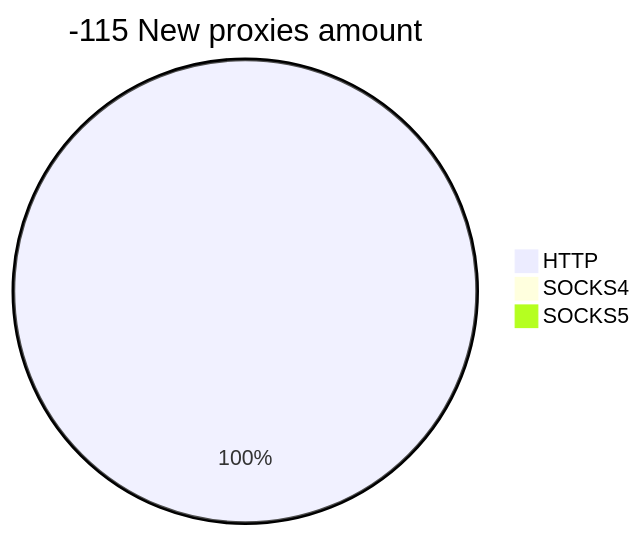
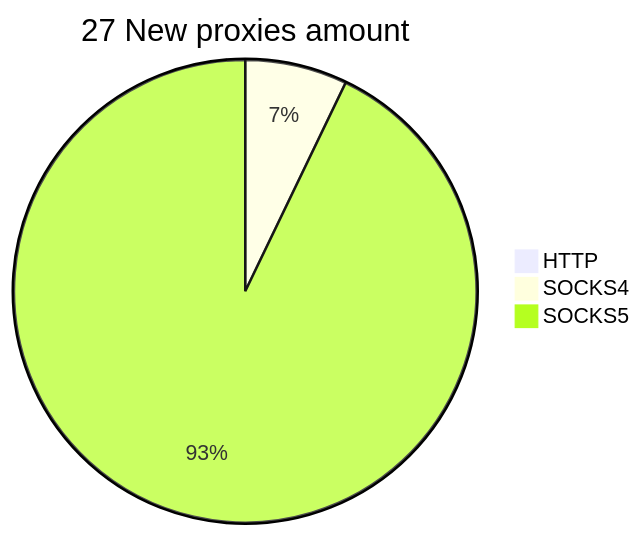
One commit to cutipu/proxylist changed the second of 2 diagrams in README.md. Above: the diagram before and after it, drawn with Mermaid. The commit also changed other lines of this file, not shown here.

````diff
--- a/README.md
+++ b/README.md
@@ -10,6 +10,6 @@
 ```mermaid
-pie title -115 New proxies amount
-    "HTTP" : 20
-    "SOCKS4" : 0
-    "SOCKS5" : 0
+pie title 27 New proxies amount
+    "HTTP" : 0
+    "SOCKS4" : 2
+    "SOCKS5" : 26
 ```
````
